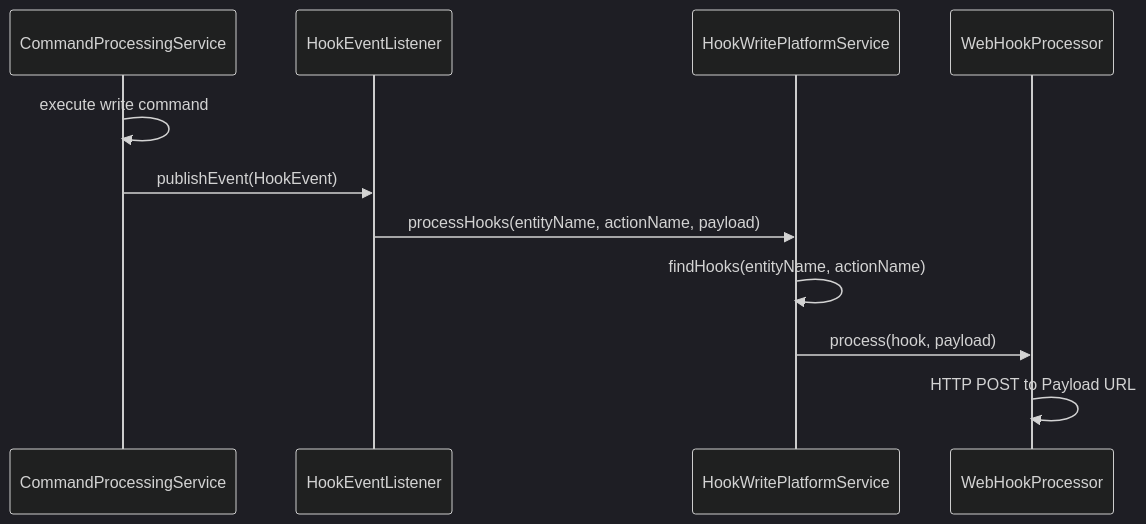
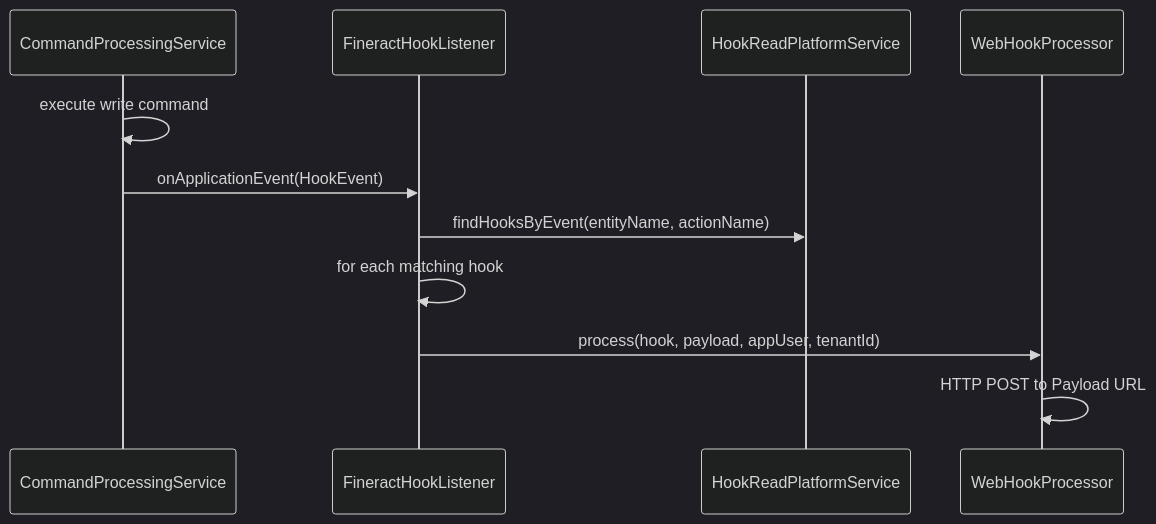
One commit to mintlify-atlas/docs-wiki-1999217c changed the diagram in extensibility/hooks.mdx. Above: the diagram before and after it, drawn with Mermaid (dark theme). The commit also changed other lines of this file and 28 other files, not shown here.

````diff
--- a/extensibility/hooks.mdx
+++ b/extensibility/hooks.mdx
@@ -127,14 +127,14 @@
 ```mermaid
 sequenceDiagram
     participant CMD as CommandProcessingService
-    participant LISTENER as HookEventListener
-    participant SVC as HookWritePlatformService
+    participant LISTENER as FineractHookListener
+    participant SVC as HookReadPlatformService
     participant PROC as WebHookProcessor
 
     CMD->>CMD: execute write command
-    CMD->>LISTENER: publishEvent(HookEvent)
-    LISTENER->>SVC: processHooks(entityName, actionName, payload)
-    SVC->>SVC: findHooks(entityName, actionName)
-    SVC->>PROC: process(hook, payload)
+    CMD->>LISTENER: onApplicationEvent(HookEvent)
+    LISTENER->>SVC: findHooksByEvent(entityName, actionName)
+    LISTENER->>LISTENER: for each matching hook
+    LISTENER->>PROC: process(hook, payload, appUser, tenantId)
     PROC->>PROC: HTTP POST to Payload URL
 ```
````
